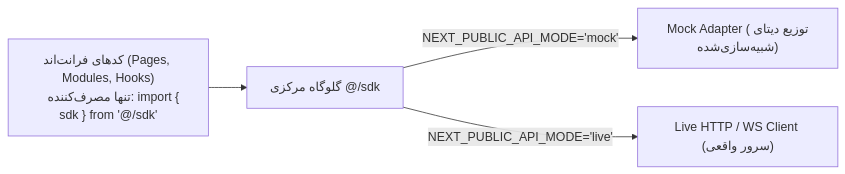
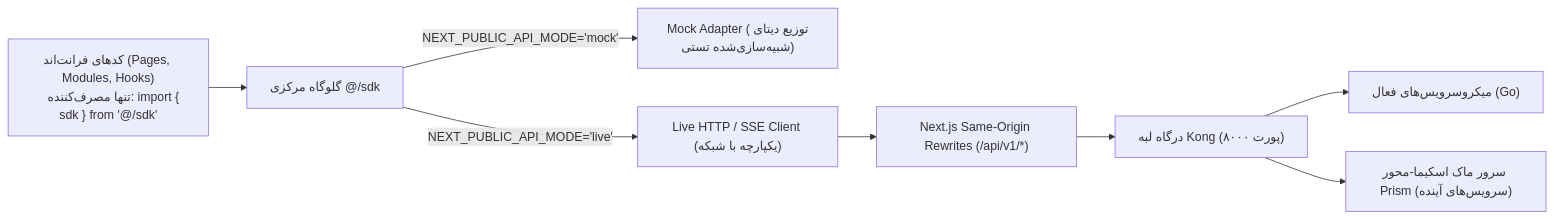
The second of 2 diagrams in docs/lemmo/02-frontend/workspace-decisions.md (itstalentnet/dotdive), drawn with Mermaid before and after one commit. The commit also changed other lines of this file and 2 other files, not shown here.

Commit message:
docs(architecture): ratify Stage 12C for UI zero-leakage, Prism feed mock, and asset eviction

````diff
--- a/docs/lemmo/02-frontend/workspace-decisions.md
+++ b/docs/lemmo/02-frontend/workspace-decisions.md
@@ -98,8 +98,12 @@
 ```mermaid
 flowchart LR
     AppCode["کدهای فرانت‌اند (Pages, Modules, Hooks)
     تنها مصرف‌کننده: import { sdk } from '@/sdk'"] --> Gateway["گلوگاه مرکزی @/sdk"]
     
-    Gateway -->|NEXT_PUBLIC_API_MODE='mock'| MockAdapter["Mock Adapter (توزیع دیتای شبیه‌سازی‌شده)"]
-    Gateway -->|NEXT_PUBLIC_API_MODE='live'| LiveAdapter["Live HTTP / WS Client (سرور واقعی)"]
+    Gateway -->|NEXT_PUBLIC_API_MODE='mock'| MockAdapter["Mock Adapter (توزیع دیتای شبیه‌سازی‌شده تستی)"]
+    Gateway -->|NEXT_PUBLIC_API_MODE='live'| LiveAdapter["Live HTTP / SSE Client (یکپارچه با شبکه)"]
+    LiveAdapter --> NextProxy["Next.js Same-Origin Rewrites (/api/v1/*)"]
+    NextProxy --> EdgeGateway["درگاه لبه Kong (پورت ۸۰۰۰)"]
+    EdgeGateway --> RealServices["میکروسرویس‌های فعال (Go)"]
+    EdgeGateway --> PrismMock["سرور ماک اسکیما-محور Prism (سرویس‌های آینده)"]
 ```
````
